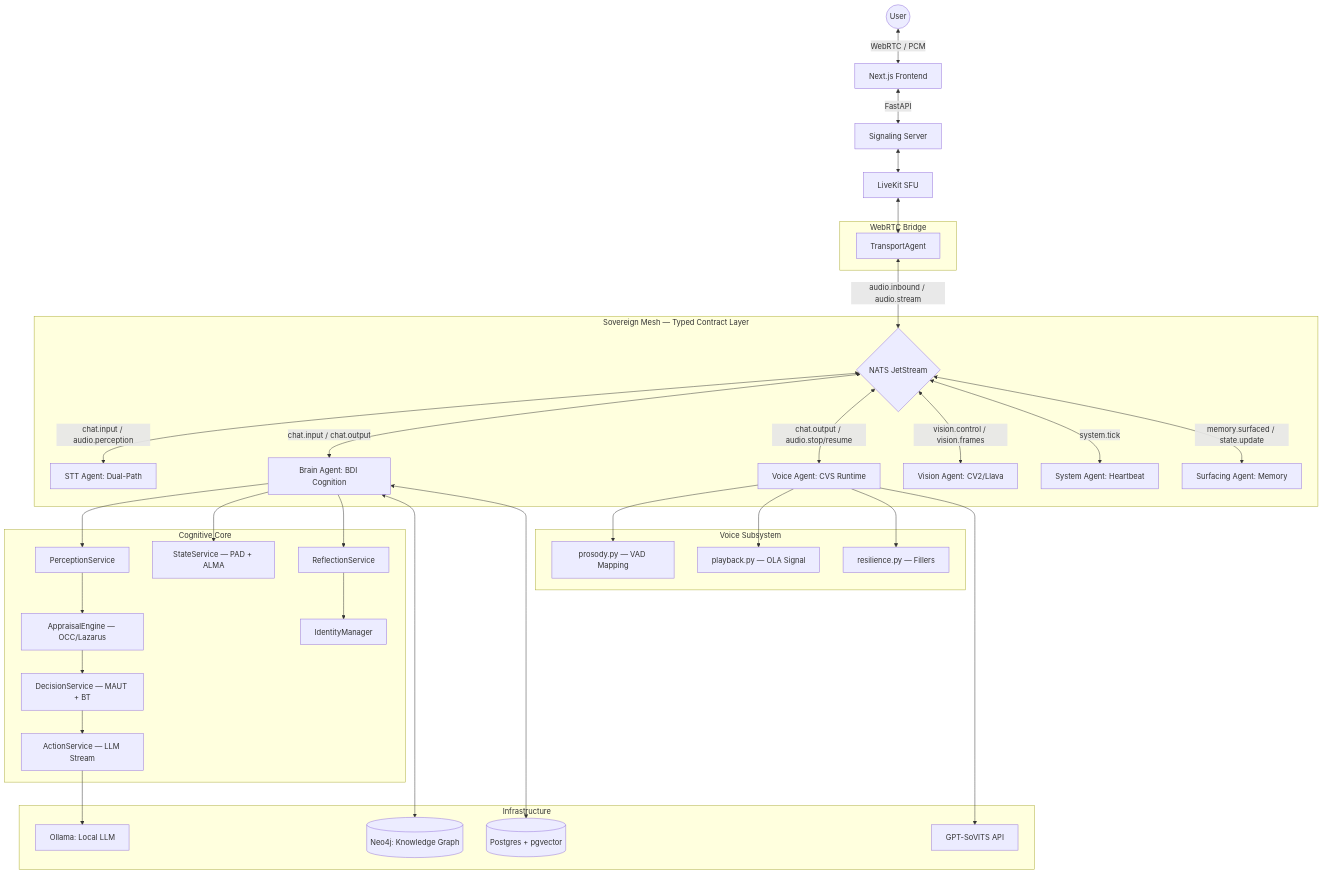
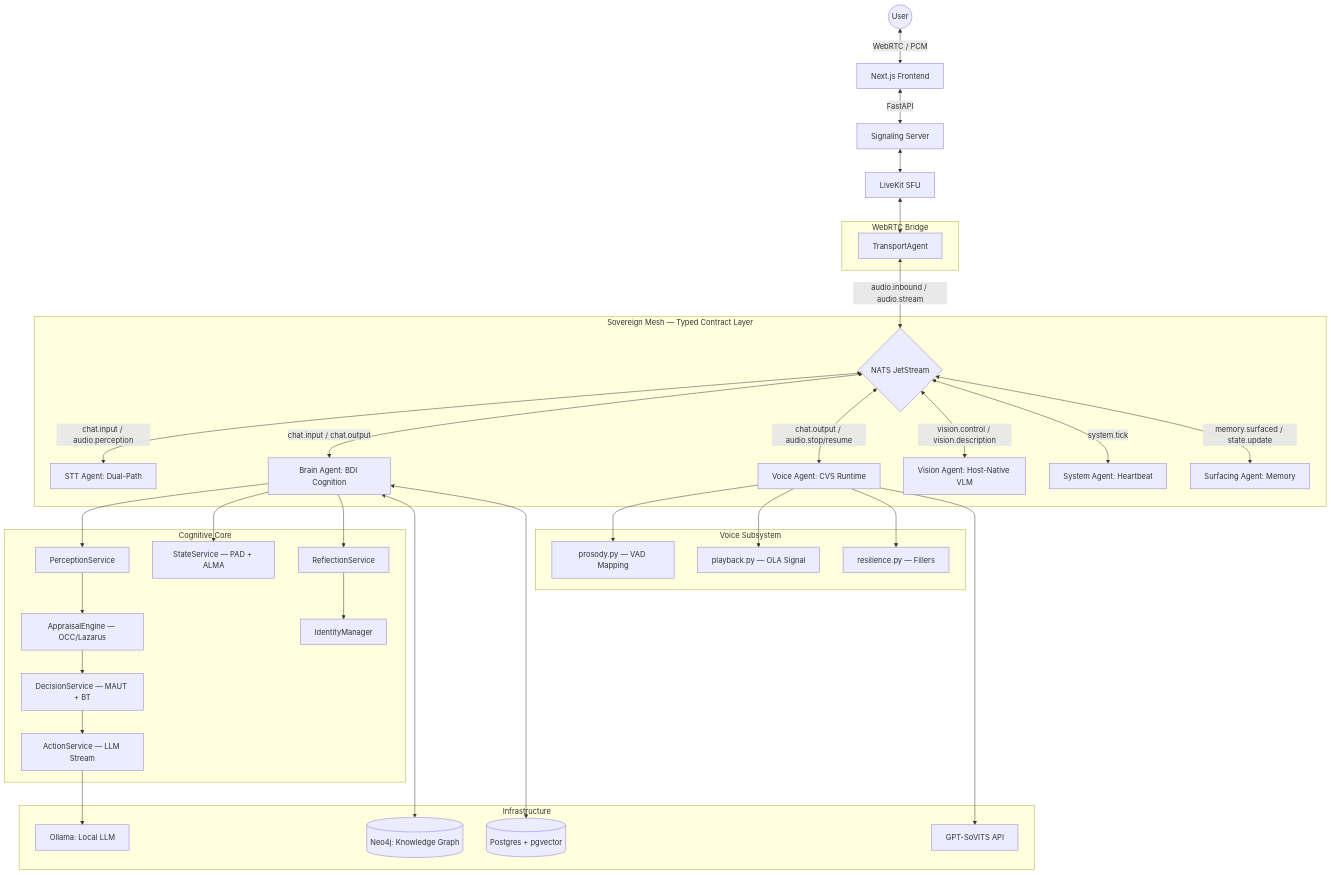
One commit to Aniket-a14/AI_friend changed the first of 2 diagrams in README.md. Above: the diagram before and after it, drawn with Mermaid. The commit also changed other lines of this file, not shown here.

````diff
--- a/README.md
+++ b/README.md
@@ -60,53 +60,53 @@
 ```mermaid
 graph TD
     User((User)) <--> |"WebRTC / PCM"| Frontend["Next.js Frontend"]
     Frontend <--> |"FastAPI"| Signaling["Signaling Server"]
 
     subgraph "WebRTC Bridge"
         Transport["TransportAgent"]
     end
 
     Signaling <--> LK["LiveKit SFU"]
     LK <--> Transport
 
     subgraph "Sovereign Mesh — Typed Contract Layer"
         Transport <--> |"audio.inbound / audio.stream"| Bus{"NATS JetStream"}
         Bus <--> |"chat.input / audio.perception"| STT["STT Agent: Dual-Path"]
         Bus <--> |"chat.input / chat.output"| Brain["Brain Agent: BDI Cognition"]
         Bus <--> |"chat.output / audio.stop/resume"| Voice["Voice Agent: CVS Runtime"]
-        Bus <--> |"vision.control / vision.frames"| Vision["Vision Agent: CV2/Llava"]
+        Bus <--> |"vision.control / vision.description"| Vision["Vision Agent: Host-Native VLM"]
         Bus <--> |"system.tick"| Pulse["System Agent: Heartbeat"]
         Bus <--> |"memory.surfaced / state.update"| Recall["Surfacing Agent: Memory"]
     end
 
     subgraph "Cognitive Core"
         Perception["PerceptionService"]
         Appraisal["AppraisalEngine — OCC/Lazarus"]
         Decision["DecisionService — MAUT + BT"]
         Action["ActionService — LLM Stream"]
         State["StateService — PAD + ALMA"]
         Learning["ReflectionService"]
         Identity["IdentityManager"]
     end
 
     Brain --> Perception --> Appraisal --> Decision --> Action
     Brain --> State
     Brain --> Learning --> Identity
 
     subgraph "Voice Subsystem"
         Prosody["prosody.py — VAD Mapping"]
         Playback["playback.py — OLA Signal"]
         Resilience["resilience.py — Fillers"]
     end
 
     Voice --> Prosody
     Voice --> Playback
     Voice --> Resilience
 
     subgraph "Infrastructure"
         Brain <--> Neo4j[("Neo4j: Knowledge Graph")]
         Brain <--> Postgres[("Postgres + pgvector")]
         Action --> Ollama["Ollama: Local LLM"]
         Voice --> SoVITS["GPT-SoVITS API"]
     end
 ```
````
